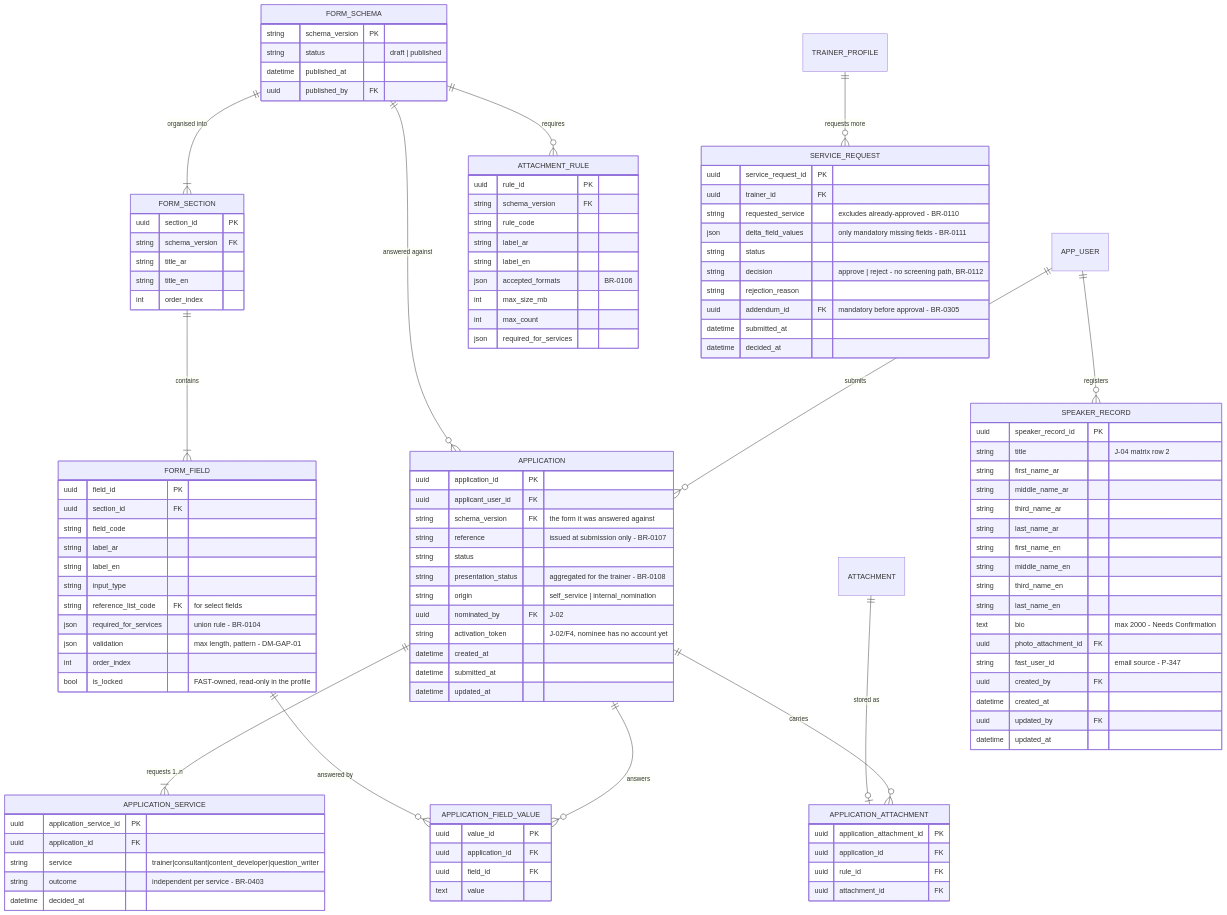
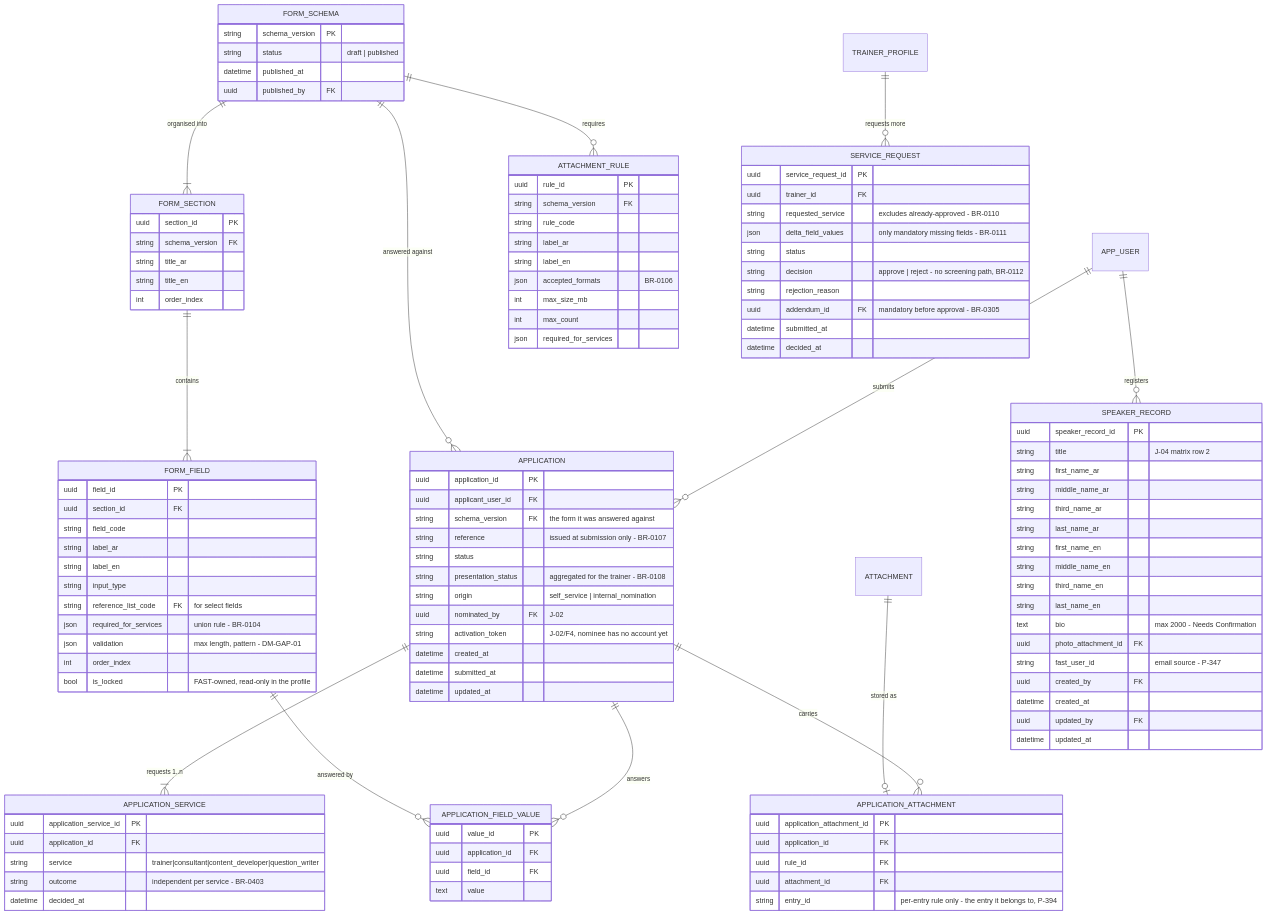
Before and after one commit to JawadQurban/fa-expert-platform: the fourth of 13 diagrams in docs/specification/10_DATABASE_DESIGN.md, drawn with Mermaid. The commit also changed 11 other files, not shown here.

```diff
--- a/docs/specification/10_DATABASE_DESIGN.md
+++ b/docs/specification/10_DATABASE_DESIGN.md
@@ -381,6 +381,7 @@
     uuid application_id FK
     uuid rule_id FK
     uuid attachment_id FK
+    string entry_id "per-entry rule only - the entry it belongs to, P-394"
   }
   SERVICE_REQUEST {
     uuid service_request_id PK
```
